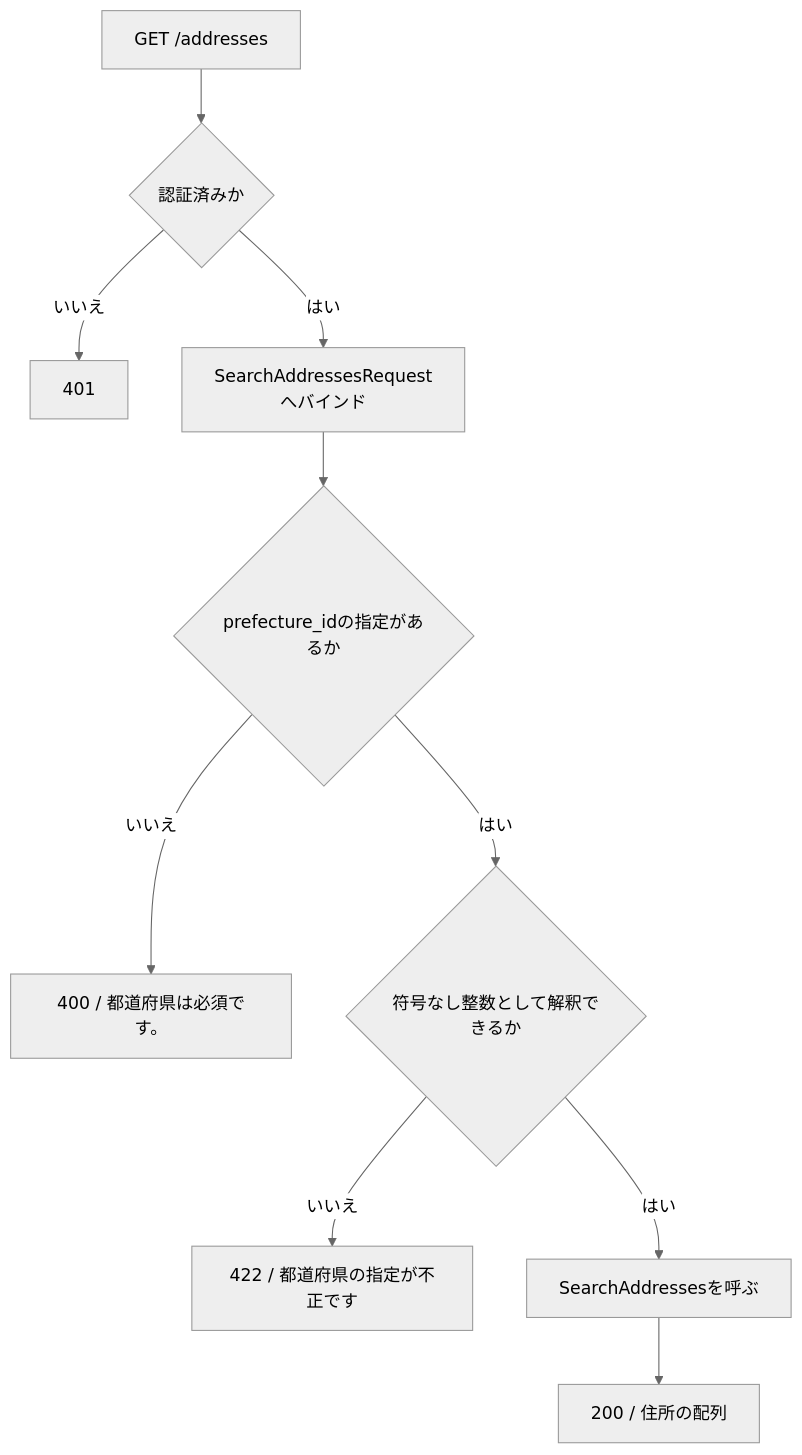
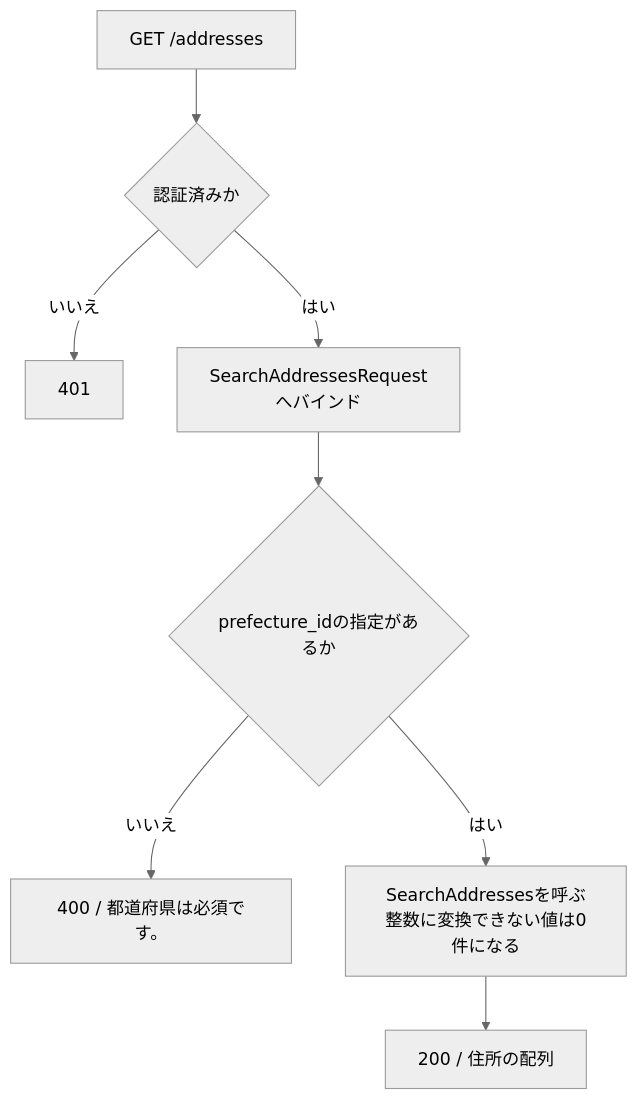
One commit to yuta20253/edu-platform-go-design changed the fourth of 5 diagrams in 計画書/Go実装仕様書/共通マスタ参照機能_Go実装仕様書_2_エンドポイント.md. Above: the diagram before and after it, drawn with Mermaid (neutral theme). The commit also changed other lines of this file and 71 other files, not shown here.

````diff
--- a/計画書/Go実装仕様書/共通マスタ参照機能_Go実装仕様書_2_エンドポイント.md
+++ b/計画書/Go実装仕様書/共通マスタ参照機能_Go実装仕様書_2_エンドポイント.md
@@ -333,12 +333,10 @@
 ```mermaid
 flowchart TD
     S[GET /addresses] --> A{認証済みか}
     A -- いいえ --> E401[401]
     A -- はい --> B[SearchAddressesRequestへバインド]
     B --> P{prefecture_idの指定があるか}
     P -- いいえ --> E400[400 / 都道府県は必須です。]
-    P -- はい --> T{符号なし整数として解釈できるか}
-    T -- いいえ --> E422[422 / 都道府県の指定が不正です]
-    T -- はい --> Q[SearchAddressesを呼ぶ]
+    P -- はい --> Q[SearchAddressesを呼ぶ<br/>整数に変換できない値は0件になる]
     Q --> OUT[200 / 住所の配列]
 ```
````
